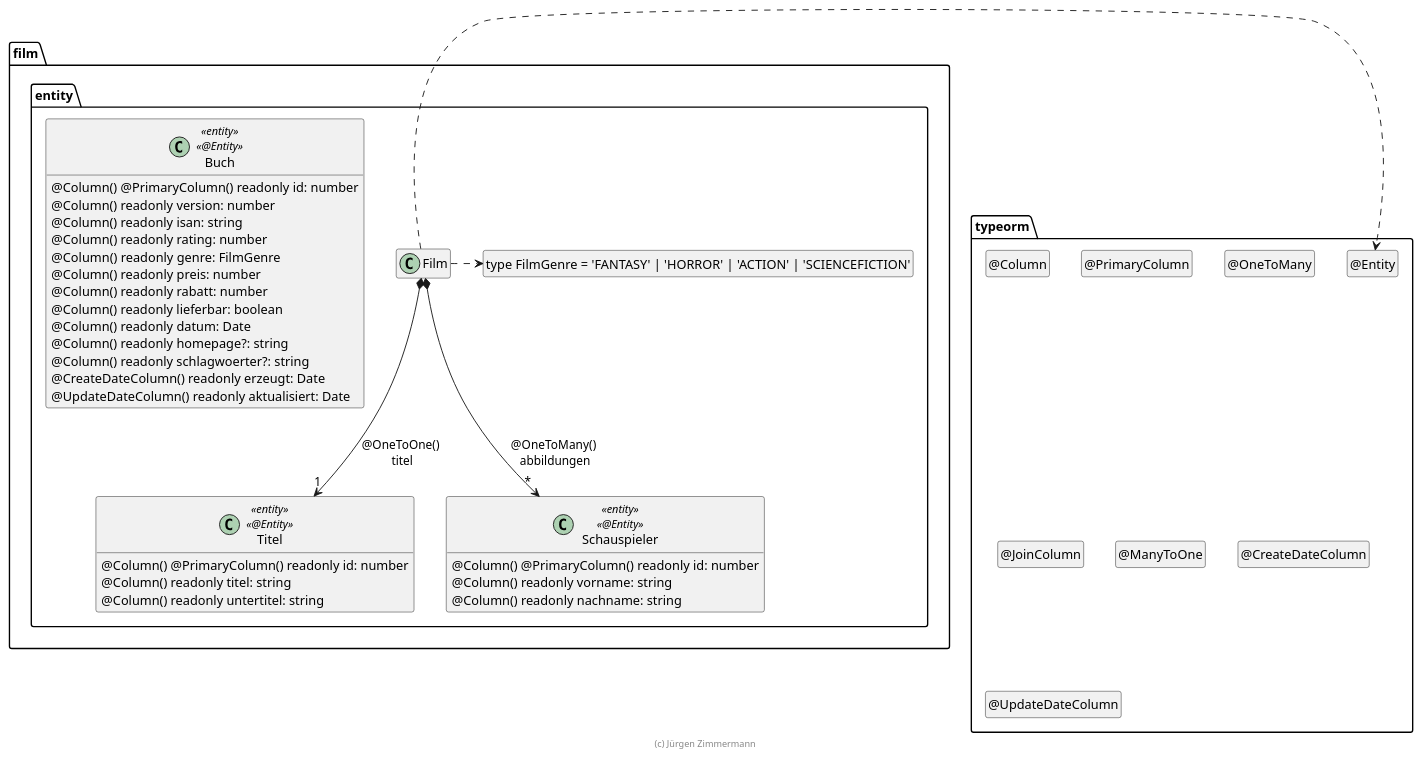
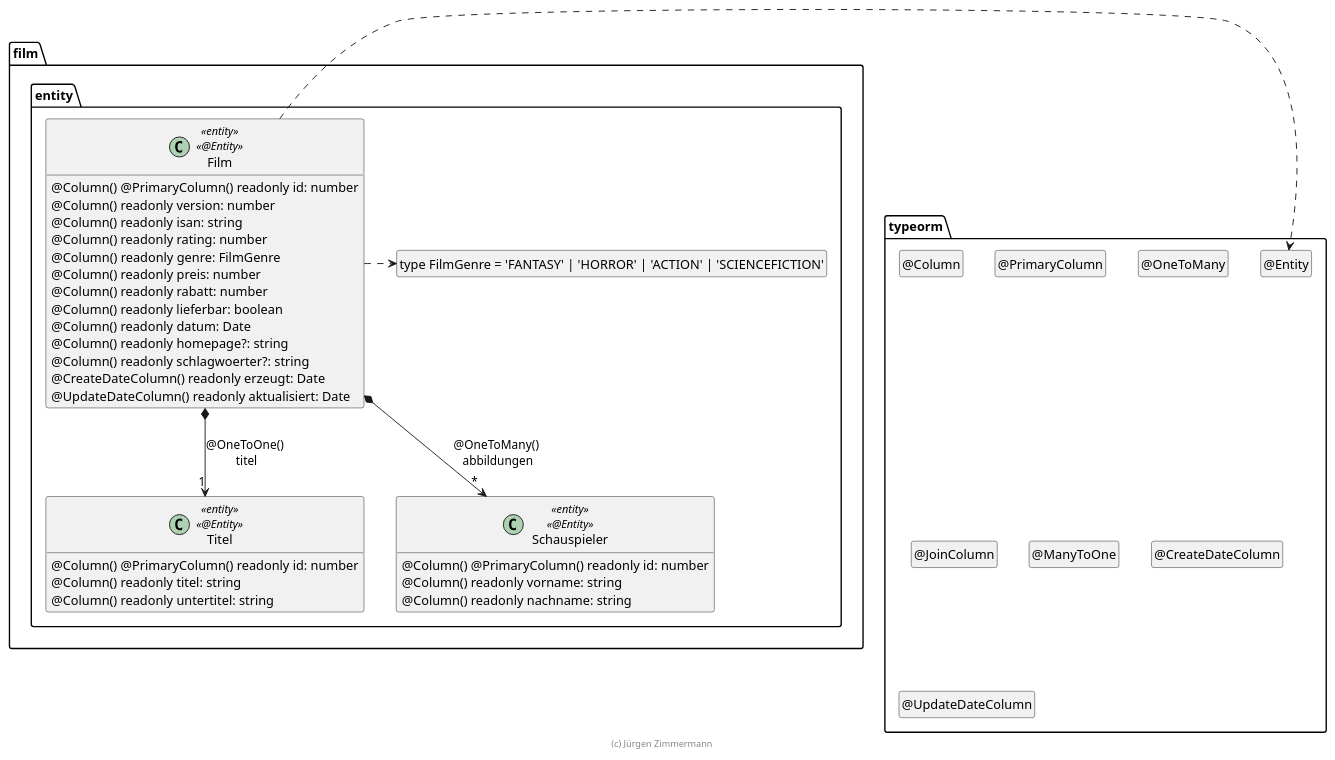
Before and after one commit to AchimSee/Film: the diagram in .extras/doc/projekthandbuch/Film.plantuml, drawn with PlantUML. The commit also changed 1 other file, not shown here.

Commit message:
PlantUml angepasst

```diff
--- a/.extras/doc/projekthandbuch/Film.plantuml
+++ b/.extras/doc/projekthandbuch/Film.plantuml
@@ -18,65 +18,65 @@
 @startuml Entity
 
 package typeorm {
   class "@Entity" as Entity
   hide Entity circle
   class "@Column" as Column
   hide Column circle
   class "@PrimaryColumn" as PrimaryColumn
   hide PrimaryColumn circle
   class "@OneToMany" as OneToMany
   hide OneToMany circle
   class "@JoinColumn" as JoinColumn
   hide JoinColumn circle
   class "@ManyToOne" as ManyToOne
   hide ManyToOne circle
   class "@CreateDateColumn" as CreateDateColumn
   hide CreateDateColumn circle
   class "@UpdateDateColumn" as UpdateDateColumn
   hide UpdateDateColumn circle
 }
 
 package film.entity {
   class "type FilmGenre = 'FANTASY' | 'HORROR' | 'ACTION' | 'SCIENCEFICTION'" as FilmGenre
   hide FilmGenre circle
 
-  class Buch <<entity>> <<@Entity>> {
+  class Film <<entity>> <<@Entity>> {
     @Column() @PrimaryColumn() readonly id: number
     @Column() readonly version: number
     @Column() readonly isan: string
     @Column() readonly rating: number
     @Column() readonly genre: FilmGenre
     @Column() readonly preis: number
     @Column() readonly rabatt: number
     @Column() readonly lieferbar: boolean
     @Column() readonly datum: Date
     @Column() readonly homepage?: string
     @Column() readonly schlagwoerter?: string
     @CreateDateColumn() readonly erzeugt: Date
     @UpdateDateColumn() readonly aktualisiert: Date
   }
 
   class Titel <<entity>> <<@Entity>> {
     @Column() @PrimaryColumn() readonly id: number
     @Column() readonly titel: string
     @Column() readonly untertitel: string
   }
 
   class Schauspieler <<entity>> <<@Entity>> {
     @Column() @PrimaryColumn() readonly id: number
     @Column() readonly vorname: string
     @Column() readonly nachname: string
   }
 
   Film *--> "1" Titel : @OneToOne() \ntitel
   Film *--> "*" Schauspieler : @OneToMany() \nabbildungen
 
   Film .right.> Entity
   Film .right.> FilmGenre
 }
 
 hide empty members
 
 footer (c) Jürgen Zimmermann
 
 @enduml
```
